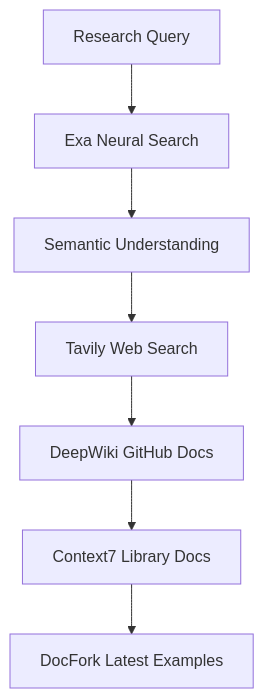
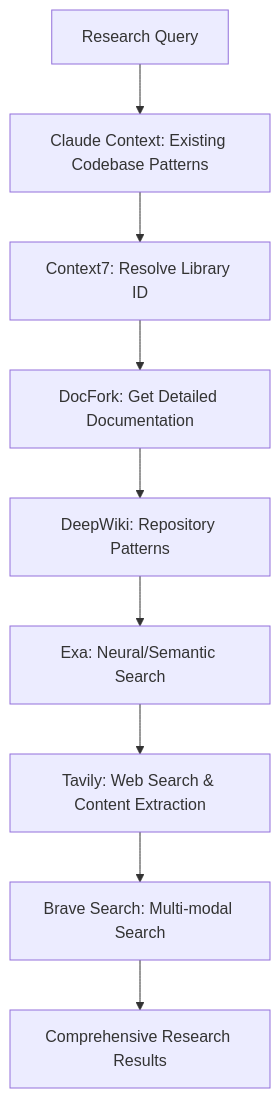
The first of 9 diagrams in .cursor/rules/enhanced-research-strategy.mdc (vicle1908/githubusers), drawn with Mermaid before and after one commit. The commit also changed other lines of this file and 17 other files, not shown here.

````diff
--- a/.cursor/rules/enhanced-research-strategy.mdc
+++ b/.cursor/rules/enhanced-research-strategy.mdc
@@ -88,9 +242,11 @@
 ```mermaid
 graph TD
-    A[Research Query] --> B[Exa Neural Search]
-    B --> C[Semantic Understanding]
-    C --> D[Tavily Web Search]
-    D --> E[DeepWiki GitHub Docs]
-    E --> F[Context7 Library Docs]
-    F --> G[DocFork Latest Examples]
+    A[Research Query] --> B[Claude Context: Existing Codebase Patterns]
+    B --> C[Context7: Resolve Library ID]
+    C --> D[DocFork: Get Detailed Documentation]
+    D --> E[DeepWiki: Repository Patterns]
+    E --> F[Exa: Neural/Semantic Search]
+    F --> G[Tavily: Web Search & Content Extraction]
+    G --> H[Brave Search: Multi-modal Search]
+    H --> I[Comprehensive Research Results]
 ```
````
